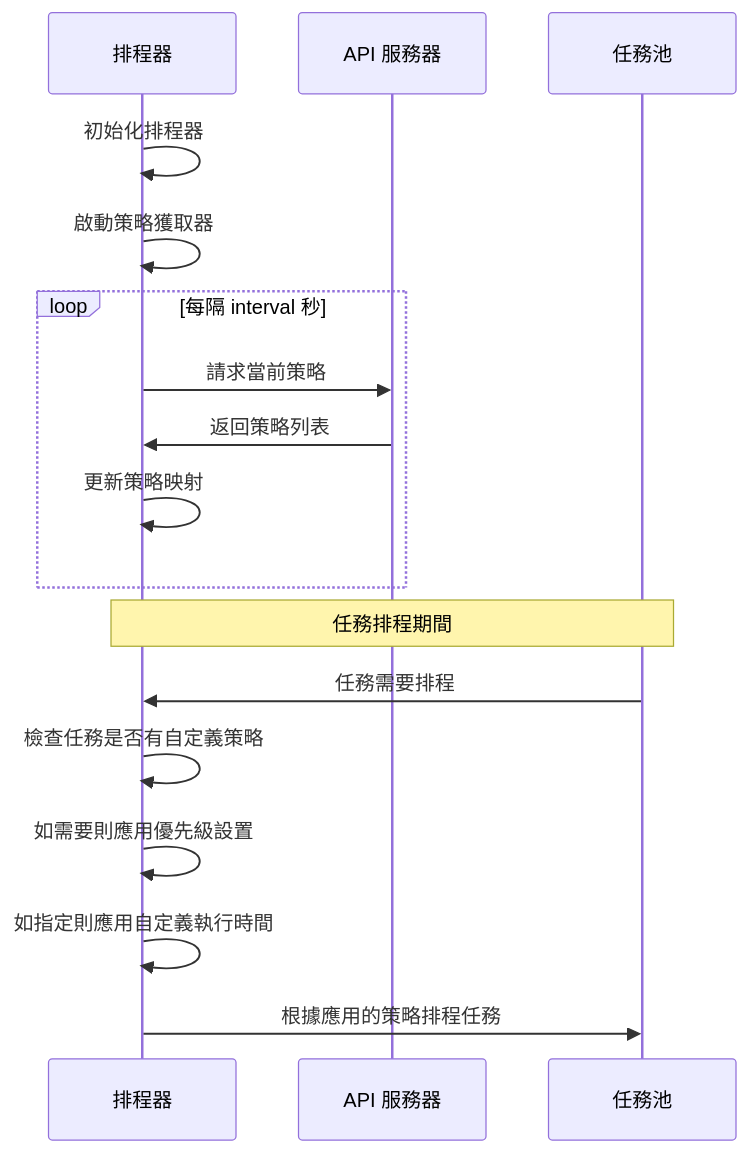
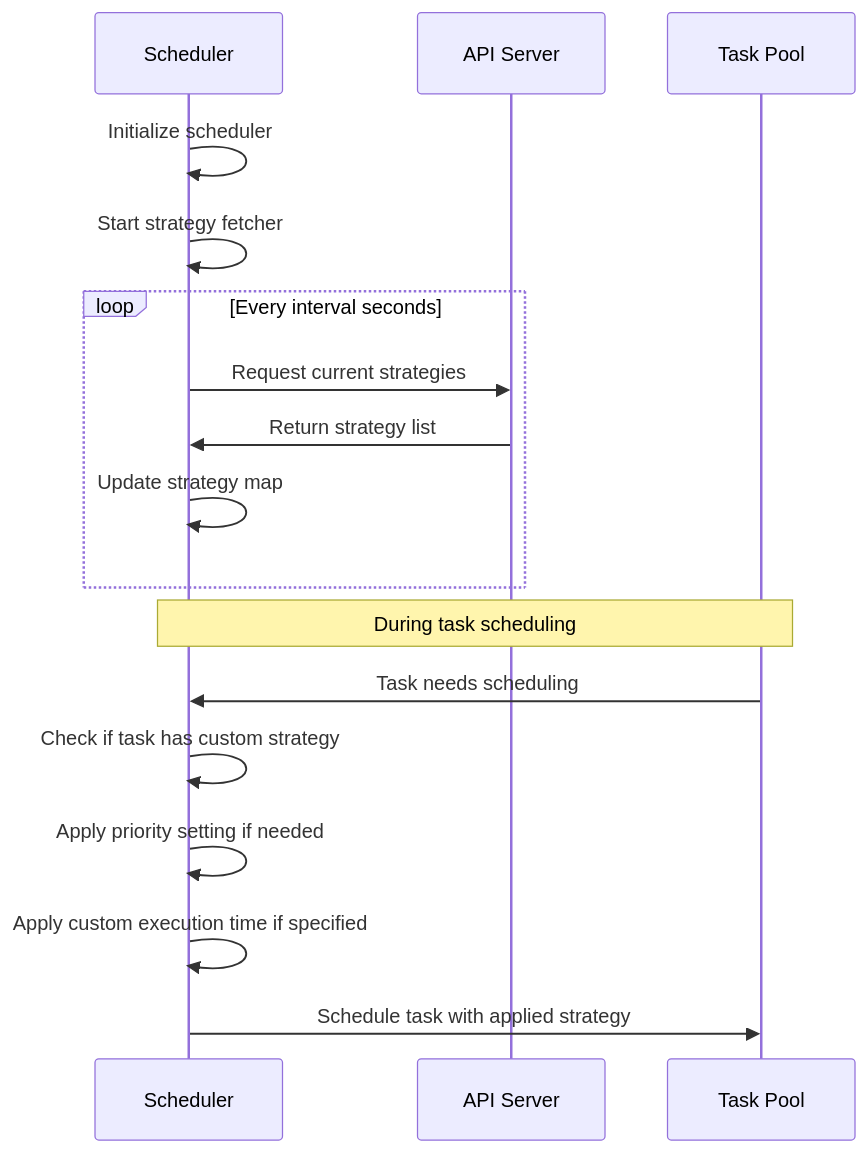
One commit to Gthulhu/docs changed the fifth of 6 diagrams in docs/how-it-works.md. Above: the diagram before and after it, drawn with Mermaid. The commit also changed other lines of this file and 29 other files, not shown here.

````diff
--- a/docs/how-it-works.md
+++ b/docs/how-it-works.md
@@ -212,22 +212,22 @@
 ```mermaid
 sequenceDiagram
-    participant S as 排程器
-    participant A as API 服務器
-    participant T as 任務池
+    participant S as Scheduler
+    participant A as API Server
+    participant T as Task Pool
     
-    S->>S: 初始化排程器
-    S->>S: 啟動策略獲取器
+    S->>S: Initialize scheduler
+    S->>S: Start strategy fetcher
     
-    loop 每隔 interval 秒
-        S->>A: 請求當前策略
-        A->>S: 返回策略列表
-        S->>S: 更新策略映射
+    loop Every interval seconds
+        S->>A: Request current strategies
+        A->>S: Return strategy list
+        S->>S: Update strategy map
     end
     
-    Note over S,T: 任務排程期間
-    T->>S: 任務需要排程
-    S->>S: 檢查任務是否有自定義策略
-    S->>S: 如需要則應用優先級設置
-    S->>S: 如指定則應用自定義執行時間
-    S->>T: 根據應用的策略排程任務
+    Note over S,T: During task scheduling
+    T->>S: Task needs scheduling
+    S->>S: Check if task has custom strategy
+    S->>S: Apply priority setting if needed
+    S->>S: Apply custom execution time if specified
+    S->>T: Schedule task with applied strategy
 ```
````
